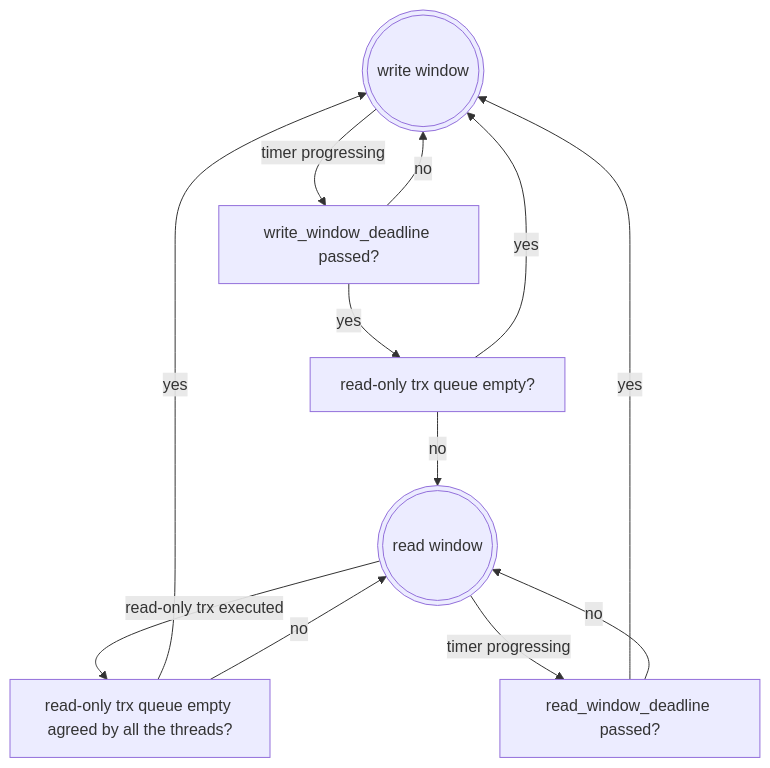
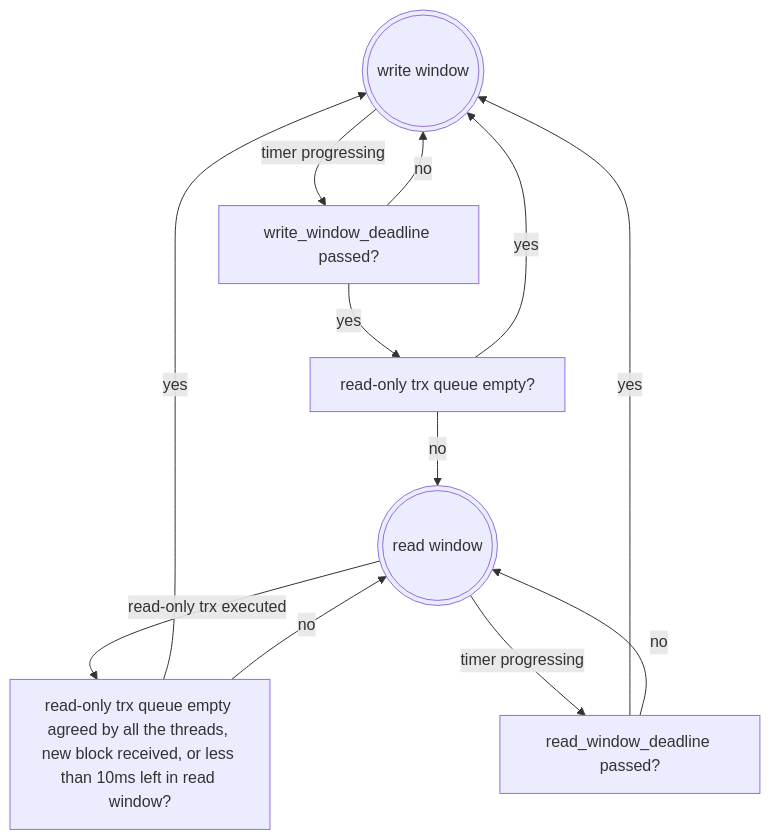
One commit to eosnetworkfoundation/product changed the diagram in transactions/read-only/parallel.md. Above: the diagram before and after it, drawn with Mermaid. The commit also changed other lines of this file, not shown here.

````diff
--- a/transactions/read-only/parallel.md
+++ b/transactions/read-only/parallel.md
@@ -170,15 +173,15 @@
 ```mermaid
 flowchart TD
     A(((write window))) -->|timer progressing| B[write_window_deadline passed?]
     B -->|yes| C[read-only trx queue empty?]
     B -->|no| A
     C -->|yes| A
     C -->|no| R(((read window)))
     
-    R -->|read-only trx executed| S[read-only trx queue empty agreed by all the threads?]
+    R -->|read-only trx executed| S[read-only trx queue empty agreed by all the threads, new block received, or less than 10ms left in read window?]
     S -->|yes| A
     S -->|no| R
     R -->|timer progressing| T[read_window_deadline passed?]
     T -->|yes| A
     T -->|no| R  
 ```
````
